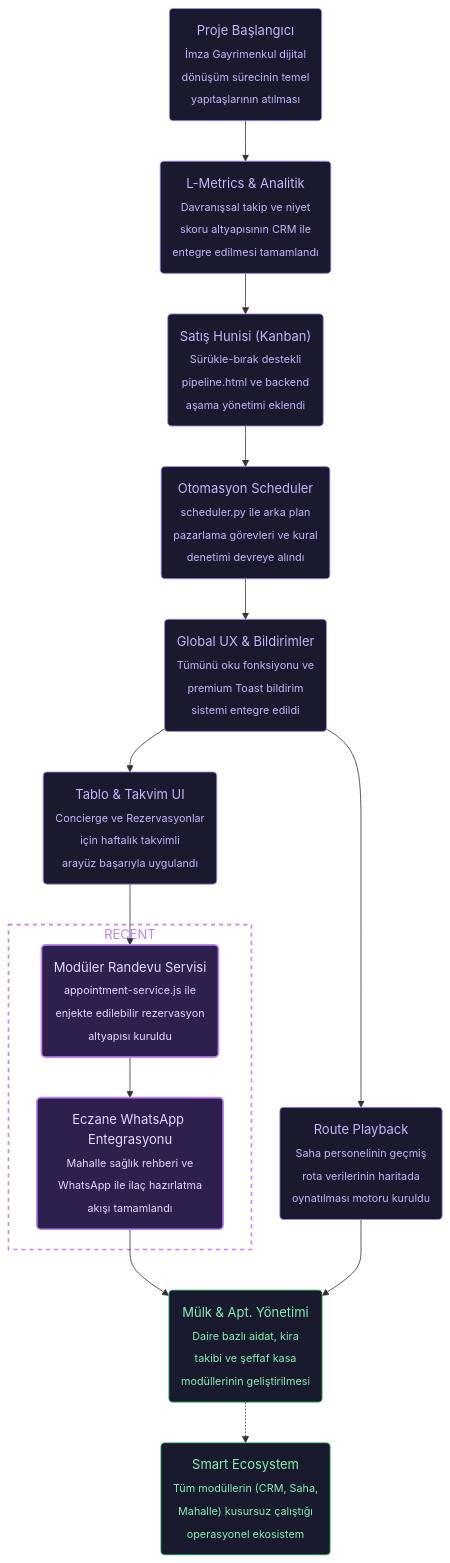
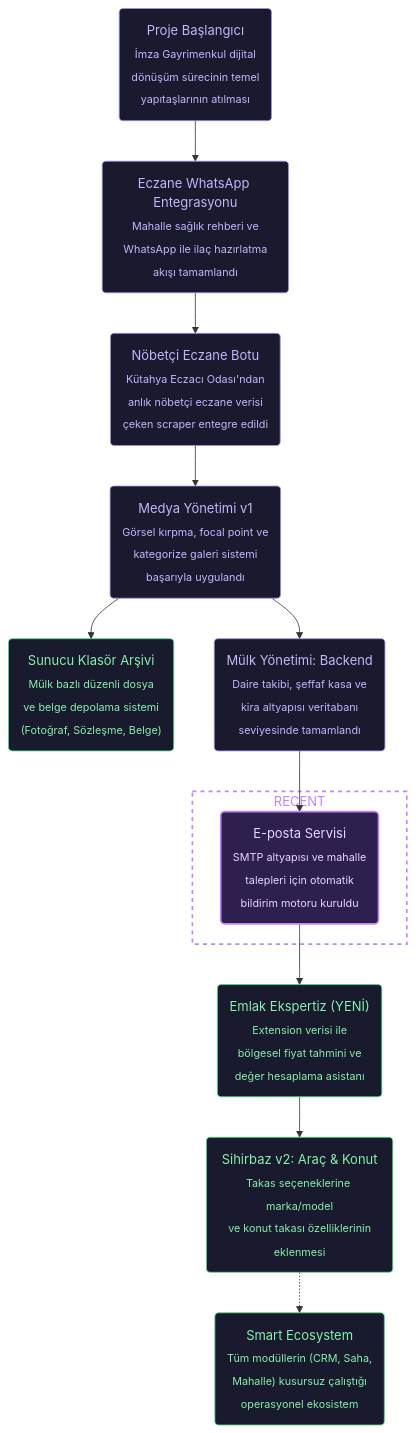
One commit to ramosis/imzagyo changed the diagram in vizvibe.mmd. Above: the diagram before and after it, drawn with Mermaid. The commit also changed 8 other files, not shown here.

Commit message:
feat: Implement media management, neighborhood features, and appraisal request APIs with new UI pages and database schema updates.

```diff
--- a/vizvibe.mmd
+++ b/vizvibe.mmd
@@ -1,78 +1,72 @@
 flowchart TD
     %% === PROJE HEDEFLERİ ===
     %% Ultimate Goal: İmza Gayrimenkul portalını modern UI/UX, akıllı analiz ve birleşik mantıkla yeniden inşa etmek.
-    %% Current Goal: Faz 2.1 tamamlandı (Modülerite). Faz 3'e (Mülk & Apartman Yönetimi) başlanıyor.
+    %% Current Goal: Faz 3 kapsamında Mülk Yönetimi, Ekspertiz Modülü ve Medya Arşiv Yapısı kuruluyor.
 
     %% === NODES ===
     %% @project_start [start, closed, 2026-03-01, nam]
     start("Proje Başlangıcı<br/><sub>İmza Gayrimenkul dijital<br/>dönüşüm sürecinin temel<br/>yapıtaşlarının atılması</sub>")
 
-    %% @feature_lmetrics [ai-task, closed, 2026-03-20, antigravity]
-    lmetrics("L-Metrics & Analitik<br/><sub>Davranışsal takip ve niyet<br/>skoru altyapısının CRM ile<br/>entegre edilmesi tamamlandı</sub>")
-
-    %% @feature_kanban [ai-task, closed, 2026-03-20, antigravity]
-    kanban("Satış Hunisi (Kanban)<br/><sub>Sürükle-bırak destekli<br/>pipeline.html ve backend<br/>aşama yönetimi eklendi</sub>")
-
-    %% @feature_automation [ai-task, closed, 2026-03-20, antigravity]
-    automation("Otomasyon Scheduler<br/><sub>scheduler.py ile arka plan<br/>pazarlama görevleri ve kural<br/>denetimi devreye alındı</sub>")
-
-    %% @feature_ux_fix [ai-task, closed, 2026-03-20, antigravity]
-    ux_fix("Global UX & Bildirimler<br/><sub>Tümünü oku fonksiyonu ve<br/>premium Toast bildirim<br/>sistemi entegre edildi</sub>")
-
-    %% @feature_concierge_ui [ai-task, closed, 2026-03-24, antigravity]
-    concierge_ui("Tablo & Takvim UI<br/><sub>Concierge ve Rezervasyonlar<br/>için haftalık takvimli<br/>arayüz başarıyla uygulandı</sub>")
-
-    %% @feature_route_playback [ai-task, closed, 2026-03-24, antigravity]
-    route_playback("Route Playback<br/><sub>Saha personelinin geçmiş<br/>rota verilerinin haritada<br/>oynatılması motoru kuruldu</sub>")
-
-    %% @feature_appointment_service [ai-task, closed, 2026-03-24, antigravity]
-    appointment_service("Modüler Randevu Servisi<br/><sub>appointment-service.js ile<br/>enjekte edilebilir rezervasyon<br/>altyapısı kuruldu</sub>")
-
     %% @feature_health_whatsapp [ai-task, closed, 2026-03-24, antigravity]
     health_whatsapp("Eczane WhatsApp Entegrasyonu<br/><sub>Mahalle sağlık rehberi ve<br/>WhatsApp ile ilaç hazırlatma<br/>akışı tamamlandı</sub>")
 
-    %% @feature_mulk_yonetim [ai-task, opened, 2026-03-24, user]
-    mulk_yonetim("Mülk & Apt. Yönetimi<br/><sub>Daire bazlı aidat, kira<br/>takibi ve şeffaf kasa<br/>modüllerinin geliştirilmesi</sub>")
+    %% @feature_pharmacy_scrape [ai-task, closed, 2026-03-21, antigravity]
+    pharmacy_scrape("Nöbetçi Eczane Botu<br/><sub>Kütahya Eczacı Odası'ndan<br/>anlık nöbetçi eczane verisi<br/>çeken scraper entegre edildi</sub>")
+
+    %% @feature_media_manager [ai-task, closed, 2026-03-24, antigravity]
+    feature_media_manager("Medya Yönetimi v1<br/><sub>Görsel kırpma, focal point ve<br/>kategorize galeri sistemi<br/>başarıyla uygulandı</sub>")
+
+    %% @feature_folder_structure [ai-task, opened, 2026-03-21, user]
+    folder_structure("Sunucu Klasör Arşivi<br/><sub>Mülk bazlı düzenli dosya<br/>ve belge depolama sistemi<br/>(Fotoğraf, Sözleşme, Belge)</sub>")
+
+    %% @feature_mulk_yonetim_db [ai-task, closed, 2026-03-21, antigravity]
+    mulk_yonetim_db("Mülk Yönetimi: Backend<br/><sub>Daire takibi, şeffaf kasa ve<br/>kira altyapısı veritabanı<br/>seviyesinde tamamlandı</sub>")
+
+    %% @feature_email_service [ai-task, closed, 2026-03-21, antigravity]
+    email_service("E-posta Servisi<br/><sub>SMTP altyapısı ve mahalle<br/>talepleri için otomatik<br/>bildirim motoru kuruldu</sub>")
+
+    %% @feature_appraisal_module [ai-task, opened, 2026-03-21, user]
+    appraisal_module("Emlak Ekspertiz (YENİ)<br/><sub>Extension verisi ile<br/>bölgesel fiyat tahmini ve<br/>değer hesaplama asistanı</sub>")
+
+    %% @feature_wizard_v2 [ai-task, opened, 2026-03-21, user]
+    wizard_v2("Sihirbaz v2: Araç & Konut<br/><sub>Takas seçeneklerine marka/model<br/>ve konut takası özelliklerinin<br/>eklenmesi</sub>")
 
     %% @ultimate_goal [end, opened, 2026-03-19, user]
     ultimate_goal("Smart Ecosystem<br/><sub>Tüm modüllerin (CRM, Saha,<br/>Mahalle) kusursuz çalıştığı<br/>operasyonel ekosistem</sub>")
 
     %% === CONNECTIONS ===
-    start --> lmetrics
-    lmetrics --> kanban
-    kanban --> automation
-    automation --> ux_fix
-    ux_fix --> concierge_ui
-    ux_fix --> route_playback
-    concierge_ui --> appointment_service
-    appointment_service --> health_whatsapp
-    health_whatsapp --> mulk_yonetim
-    route_playback --> mulk_yonetim
-    mulk_yonetim -.-> ultimate_goal
+    start --> health_whatsapp
+    health_whatsapp --> pharmacy_scrape
+    pharmacy_scrape --> feature_media_manager
+    feature_media_manager --> folder_structure
+    feature_media_manager --> mulk_yonetim_db
+    mulk_yonetim_db --> email_service
+    email_service --> appraisal_module
+    appraisal_module --> wizard_v2
+    wizard_v2 -.-> ultimate_goal
 
     %% === RECENT WORK HIGHLIGHT ===
     subgraph recent [RECENT]
-        appointment_service
-        health_whatsapp
+        email_service
     end
 
     %% === STYLES ===
     %% Closed tasks (soft purple)
     style start fill:#1a1a2e,stroke:#a78bfa,color:#c4b5fd,stroke-width:1px
-    style lmetrics fill:#1a1a2e,stroke:#a78bfa,color:#c4b5fd,stroke-width:1px
-    style kanban fill:#1a1a2e,stroke:#a78bfa,color:#c4b5fd,stroke-width:1px
-    style automation fill:#1a1a2e,stroke:#a78bfa,color:#c4b5fd,stroke-width:1px
-    style ux_fix fill:#1a1a2e,stroke:#a78bfa,color:#c4b5fd,stroke-width:1px
-    style concierge_ui fill:#1a1a2e,stroke:#a78bfa,color:#c4b5fd,stroke-width:1px
-    style route_playback fill:#1a1a2e,stroke:#a78bfa,color:#c4b5fd,stroke-width:1px
+    style health_whatsapp fill:#1a1a2e,stroke:#a78bfa,color:#c4b5fd,stroke-width:1px
+    style pharmacy_scrape fill:#1a1a2e,stroke:#a78bfa,color:#c4b5fd,stroke-width:1px
+    style feature_media_manager fill:#1a1a2e,stroke:#a78bfa,color:#c4b5fd,stroke-width:1px
+    style mulk_yonetim_db fill:#1a1a2e,stroke:#a78bfa,color:#c4b5fd,stroke-width:1px
+    style email_service fill:#1a1a2e,stroke:#a78bfa,color:#c4b5fd,stroke-width:1px
 
     %% Recent node (highlighted purple)
-    style appointment_service fill:#2d1f4e,stroke:#c084fc,color:#e9d5ff,stroke-width:2px
-    style health_whatsapp fill:#2d1f4e,stroke:#c084fc,color:#e9d5ff,stroke-width:2px
+    style email_service fill:#2d1f4e,stroke:#c084fc,color:#e9d5ff,stroke-width:2px
 
     %% Recent subgraph (dashed border)
     style recent fill:transparent,stroke:#c084fc,color:#c084fc,stroke-width:2px,stroke-dasharray:5 5
 
     %% Open tasks (soft green)
+    style folder_structure fill:#1a1a2e,stroke:#4ade80,color:#86efac,stroke-width:1px
+    style appraisal_module fill:#1a1a2e,stroke:#4ade80,color:#86efac,stroke-width:1px
+    style wizard_v2 fill:#1a1a2e,stroke:#4ade80,color:#86efac,stroke-width:1px
     style ultimate_goal fill:#1a1a2e,stroke:#4ade80,color:#86efac,stroke-width:1px
-    style mulk_yonetim fill:#1a1a2e,stroke:#4ade80,color:#86efac,stroke-width:1px
```
